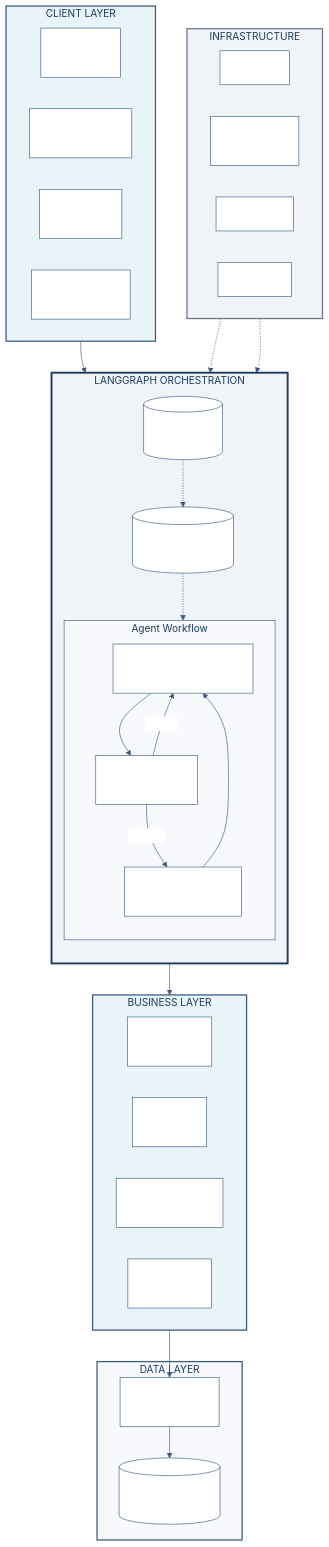
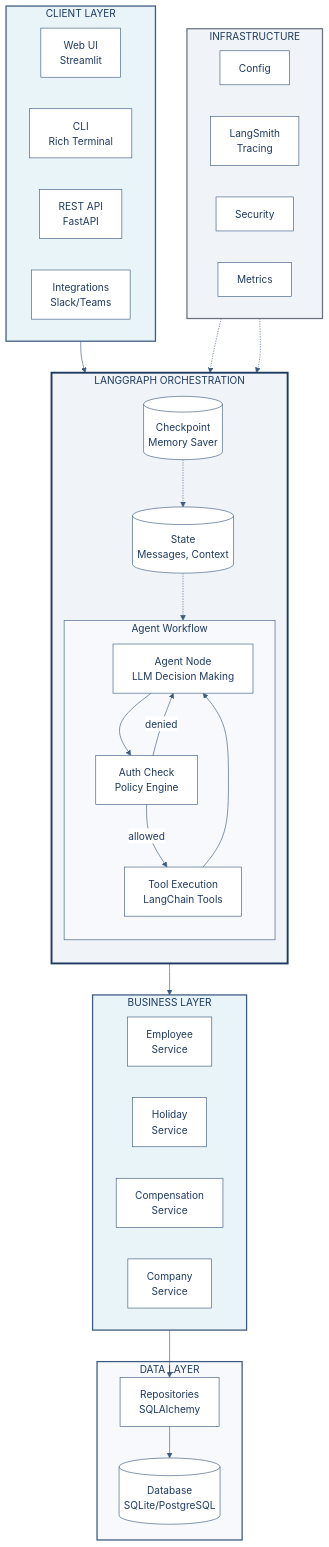
One commit to ruthvik-jeev/hr-agent changed the first of 5 diagrams in ARCHITECTURE.md. Above: the diagram before and after it, drawn with Mermaid. The commit also changed other lines of this file and 5 other files, not shown here.

First line of the commit message:
fix: improve diagram text visibility with dark text colors

````diff
--- a/ARCHITECTURE.md
+++ b/ARCHITECTURE.md
@@ -11,18 +11,20 @@
   'theme': 'base',
   'themeVariables': {
     'primaryColor': '#1e3a5f',
-    'primaryTextColor': '#ffffff',
-    'primaryBorderColor': '#0d2137',
+    'primaryTextColor': '#1e3a5f',
+    'primaryBorderColor': '#1e3a5f',
     'lineColor': '#3d5a80',
     'secondaryColor': '#e8f4f8',
     'tertiaryColor': '#f0f4f8',
     'background': '#ffffff',
     'mainBkg': '#ffffff',
     'nodeBorder': '#3d5a80',
+    'nodeTextColor': '#1e3a5f',
     'clusterBkg': '#f7f9fc',
     'clusterBorder': '#3d5a80',
     'titleColor': '#1e3a5f',
-    'edgeLabelBackground': '#ffffff'
+    'edgeLabelBackground': '#ffffff',
+    'textColor': '#1e3a5f'
   }
 }}%%
 
@@ -82,9 +84,9 @@
     INFRA -.-> CORE
     TRACE -.-> AGENT
 
-    style CLIENTS fill:#e8f4f8,stroke:#3d5a80,stroke-width:2px
-    style CORE fill:#f0f4f8,stroke:#1e3a5f,stroke-width:3px
-    style SERVICES fill:#e8f4f8,stroke:#3d5a80,stroke-width:2px
-    style DATA fill:#f7f9fc,stroke:#3d5a80,stroke-width:2px
-    style INFRA fill:#f0f4f8,stroke:#6b7280,stroke-width:2px
+    style CLIENTS fill:#e8f4f8,stroke:#3d5a80,stroke-width:2px,color:#1e3a5f
+    style CORE fill:#f0f4f8,stroke:#1e3a5f,stroke-width:3px,color:#1e3a5f
+    style SERVICES fill:#e8f4f8,stroke:#3d5a80,stroke-width:2px,color:#1e3a5f
+    style DATA fill:#f7f9fc,stroke:#3d5a80,stroke-width:2px,color:#1e3a5f
+    style INFRA fill:#f0f4f8,stroke:#6b7280,stroke-width:2px,color:#1e3a5f
 ```
````
